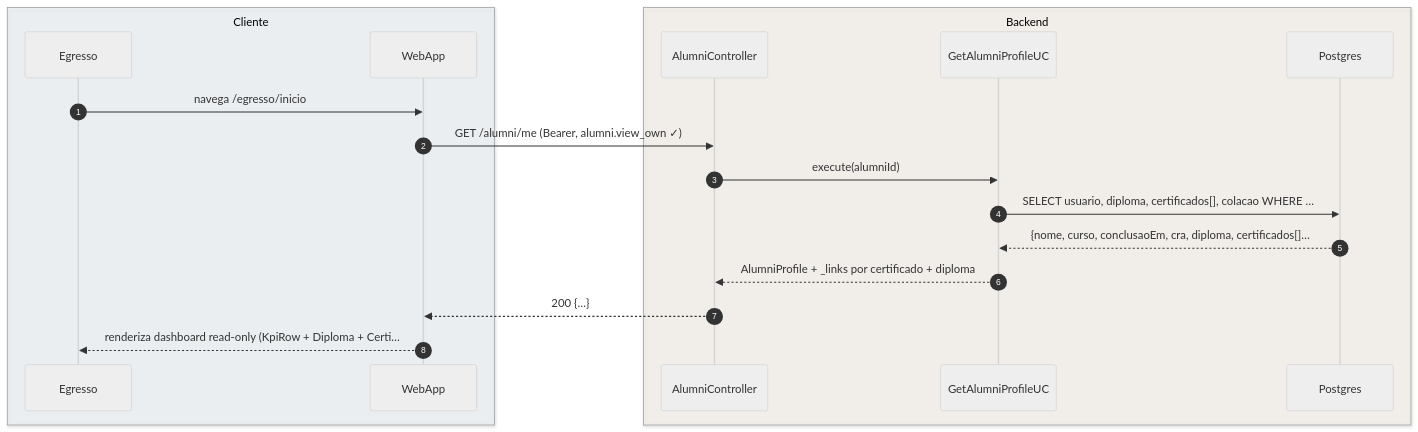
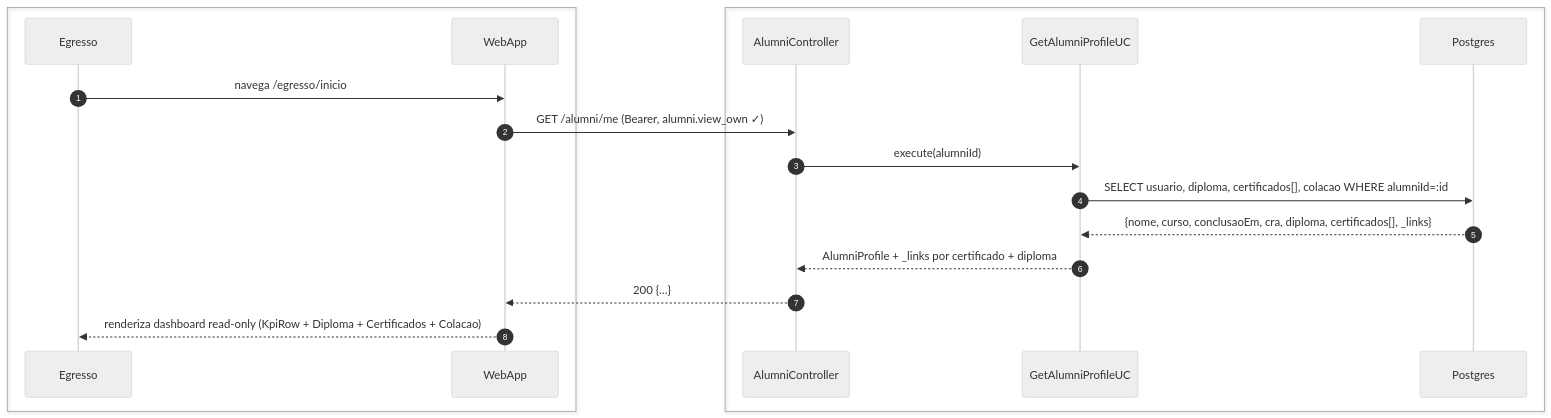
One commit to umishell/secretariaOnline2 changed the first of 4 diagrams in foundationDocs/sequenceDiagrams/F2 — Egresso/US-F2-001-DASHBOARD-EGRESSO.md. Above: the diagram before and after it, drawn with Mermaid (neutral theme). The commit also changed other lines of this file and 70 other files, not shown here.

First line of the commit message:
Enhance database documentation and introduce new schema files

````diff
--- a/foundationDocs/sequenceDiagrams/F2 — Egresso/US-F2-001-DASHBOARD-EGRESSO.md
+++ b/foundationDocs/sequenceDiagrams/F2 — Egresso/US-F2-001-DASHBOARD-EGRESSO.md
@@ -62,22 +62,22 @@
 ```mermaid
 sequenceDiagram
   autonumber
-  box rgba(230,245,255,0.3) Cliente
+  box #f4f4f4 Cliente
     participant Egresso
     participant WebApp
   end
-  box rgba(255,245,230,0.3) Backend
+  box #fff8ee Servidor
     participant AlumniCtrl as AlumniController
     participant ProfileUC as GetAlumniProfileUC
     participant PG as Postgres
   end
 
   Egresso->>WebApp: navega /egresso/inicio
   WebApp->>AlumniCtrl: GET /alumni/me (Bearer, alumni.view_own ✓)
   AlumniCtrl->>ProfileUC: execute(alumniId)
-  ProfileUC->>PG: SELECT usuario, diploma, certificados[], colacao WHERE …
-  PG-->>ProfileUC: {nome, curso, conclusaoEm, cra, diploma, certificados[]…
+  ProfileUC->>PG: SELECT usuario, diploma, certificados[], colacao WHERE alumniId=:id
+  PG-->>ProfileUC: {nome, curso, conclusaoEm, cra, diploma, certificados[], _links}
   ProfileUC-->>AlumniCtrl: AlumniProfile + _links por certificado + diploma
   AlumniCtrl-->>WebApp: 200 {…}
-  WebApp-->>Egresso: renderiza dashboard read-only (KpiRow + Diploma + Certi…
+  WebApp-->>Egresso: renderiza dashboard read-only (KpiRow + Diploma + Certificados + Colacao)
 ```
````
